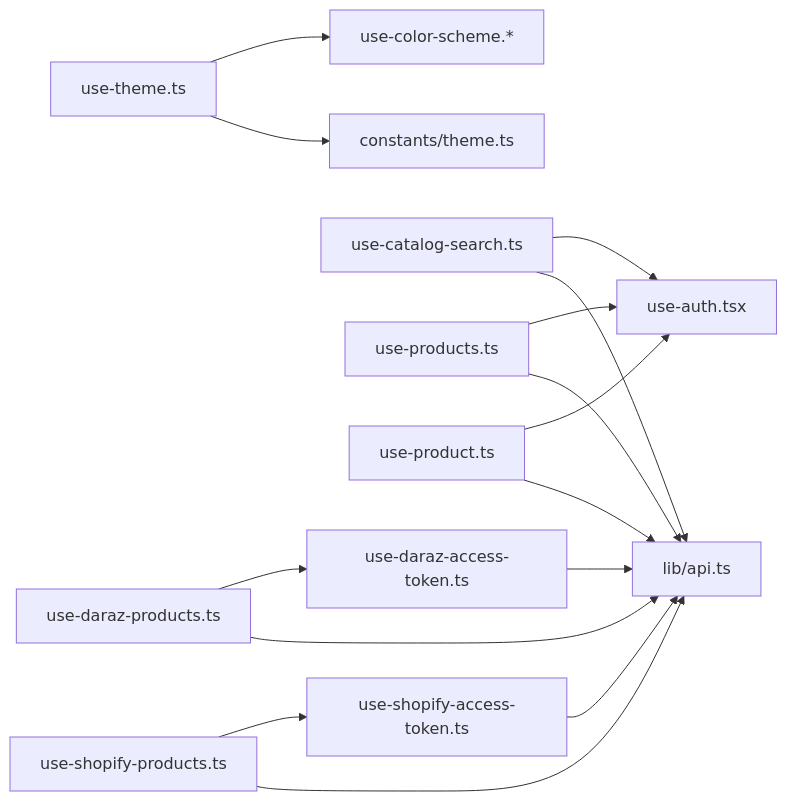
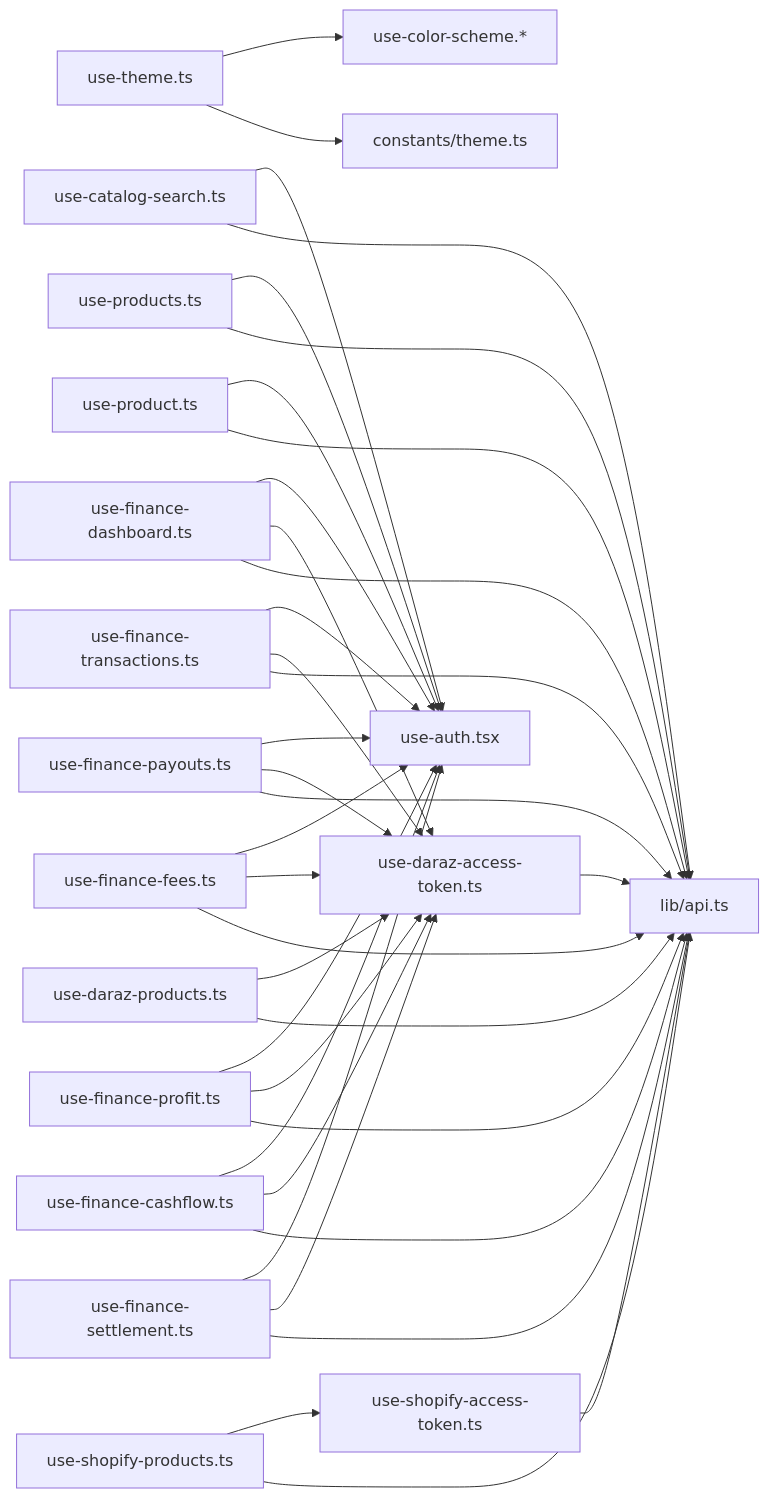
Diagram 17 of 19 in .qoder/repowiki/en/content/Hooks & State Management.md (Muhammad-Masood/tijarah-ai-app), drawn with Mermaid before and after one commit. The commit also changed other lines of this file and 25 other files, not shown here.

````diff
--- a/.qoder/repowiki/en/content/Hooks & State Management.md
+++ b/.qoder/repowiki/en/content/Hooks & State Management.md
@@ -394,17 +624,38 @@
 ```mermaid
 graph LR
 useTheme["use-theme.ts"] --> useColor["use-color-scheme.*"]
 useTheme --> themeConst["constants/theme.ts"]
 useCatalog["use-catalog-search.ts"] --> useAuth["use-auth.tsx"]
 useCatalog --> api["lib/api.ts"]
 useProducts["use-products.ts"] --> useAuth
 useProducts --> api
 useProduct["use-product.ts"] --> useAuth
 useProduct --> api
 darazTok["use-daraz-access-token.ts"] --> api
 shopTok["use-shopify-access-token.ts"] --> api
 darazProd["use-daraz-products.ts"] --> darazTok
 darazProd --> api
 shopProd["use-shopify-products.ts"] --> shopTok
 shopProd --> api
+useFinanceDash["use-finance-dashboard.ts"] --> useAuth
+useFinanceDash --> darazTok
+useFinanceDash --> api
+useFinanceTrans["use-finance-transactions.ts"] --> useAuth
+useFinanceTrans --> darazTok
+useFinanceTrans --> api
+useFinancePayouts["use-finance-payouts.ts"] --> useAuth
+useFinancePayouts --> darazTok
+useFinancePayouts --> api
+useFinanceFees["use-finance-fees.ts"] --> useAuth
+useFinanceFees --> darazTok
+useFinanceFees --> api
+useFinanceProfit["use-finance-profit.ts"] --> useAuth
+useFinanceProfit --> darazTok
+useFinanceProfit --> api
+useFinanceCashflow["use-finance-cashflow.ts"] --> useAuth
+useFinanceCashflow --> darazTok
+useFinanceCashflow --> api
+useFinanceSettlement["use-finance-settlement.ts"] --> useAuth
+useFinanceSettlement --> darazTok
+useFinanceSettlement --> api
 ```
````
